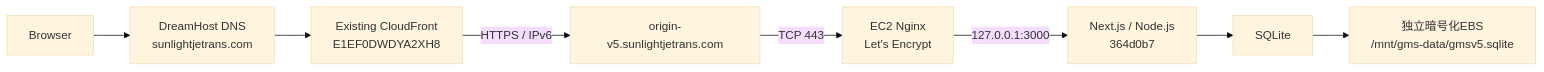
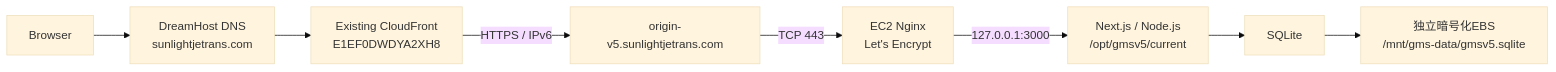
Before and after one commit to 1716964609/GMSv5: the first of 11 diagrams in docs/architecture.md, drawn with Mermaid (base theme). The commit also changed other lines of this file and 15 other files, not shown here.

````diff
--- a/docs/architecture.md
+++ b/docs/architecture.md
@@ -74,10 +83,10 @@
 ```mermaid
 flowchart LR
     B[Browser] --> DNS[DreamHost DNS\nsunlightjetrans.com]
     DNS --> CF[Existing CloudFront\nE1EF0DWDYA2XH8]
     CF -->|HTTPS / IPv6| ORIGIN[origin-v5.sunlightjetrans.com]
     ORIGIN -->|TCP 443| NGINX[EC2 Nginx\nLet's Encrypt]
-    NGINX -->|127.0.0.1:3000| NEXT[Next.js / Node.js\n364d0b7]
+    NGINX -->|127.0.0.1:3000| NEXT[Next.js / Node.js\n/opt/gmsv5/current]
     NEXT --> DB[SQLite]
     DB --> EBS[独立暗号化EBS\n/mnt/gms-data/gmsv5.sqlite]
 ```
````
